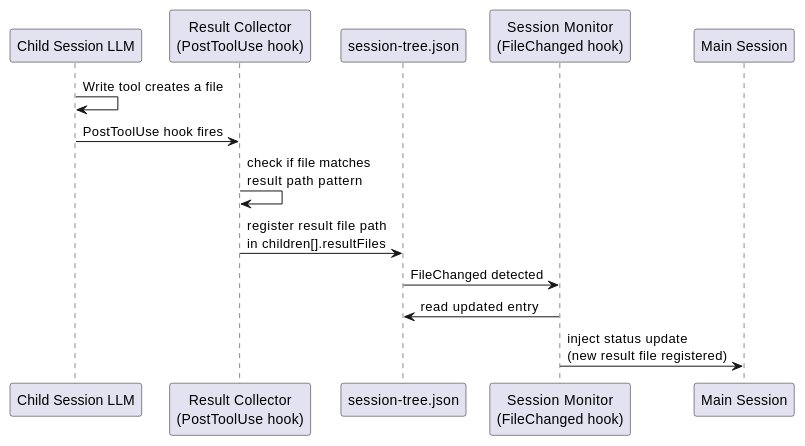
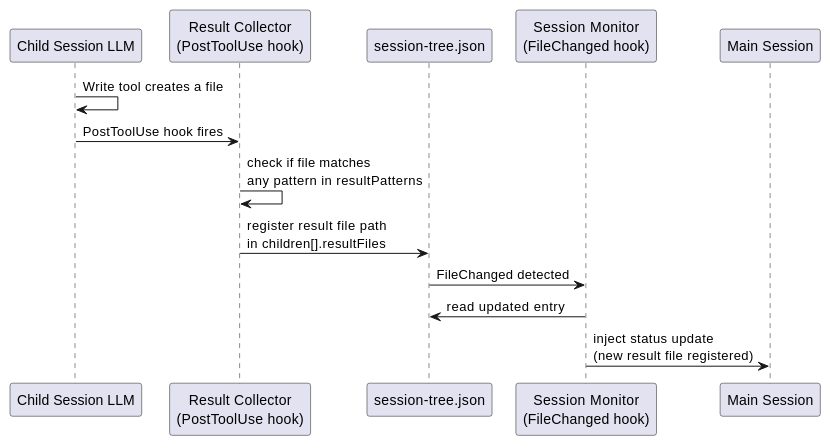
One commit to studykit/studykit-marketplace changed the fourth of 6 diagrams in A4/co-think/2026-03-29-2100-agent-orchestrator.architecture.md. Above: the diagram before and after it, drawn with PlantUML. The commit also changed other lines of this file and 2 other files, not shown here.

First line of the commit message:
feat(A4): refine agent orchestrator architecture and add supplement + tasks docs

````diff
--- a/A4/co-think/2026-03-29-2100-agent-orchestrator.architecture.md
+++ b/A4/co-think/2026-03-29-2100-agent-orchestrator.architecture.md
@@ -153,17 +171,17 @@
 ```plantuml
 @startuml
 participant "Child Session LLM" as CS
 participant "Result Collector\n(PostToolUse hook)" as RC
 participant "session-tree.json" as ST
 participant "Session Monitor\n(FileChanged hook)" as MO
 participant "Main Session" as MS
 
 CS -> CS : Write tool creates a file
 CS -> RC : PostToolUse hook fires
-RC -> RC : check if file matches\nresult path pattern
+RC -> RC : check if file matches\nany pattern in resultPatterns
 RC -> ST : register result file path\nin children[].resultFiles
 ST -> MO : FileChanged detected
 MO -> ST : read updated entry
 MO -> MS : inject status update\n(new result file registered)
 @enduml
 ```
````
